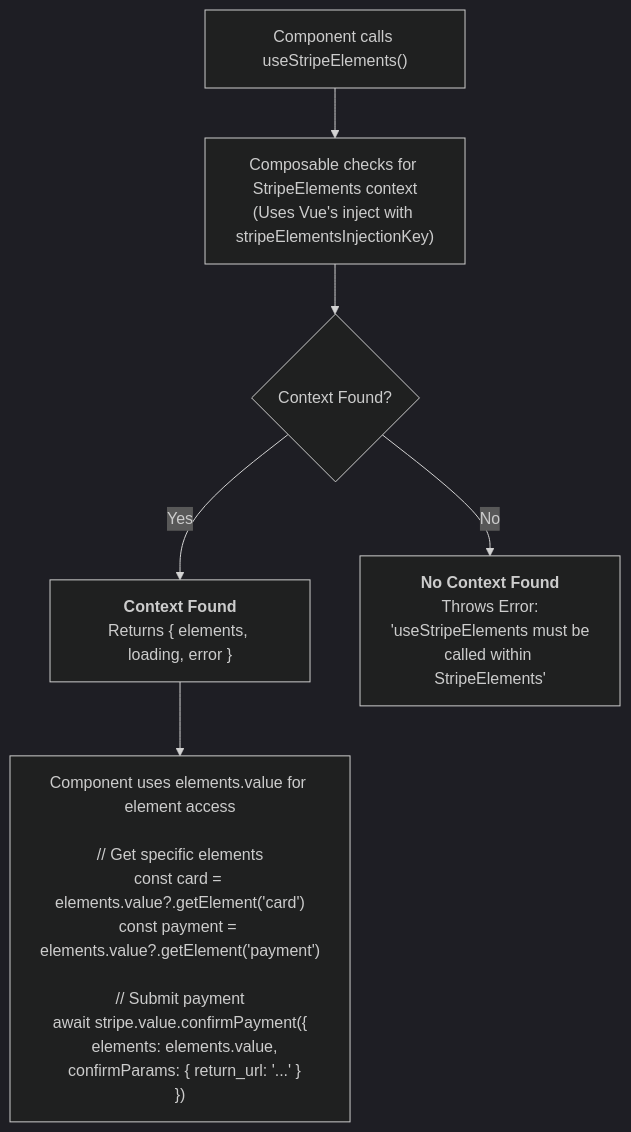
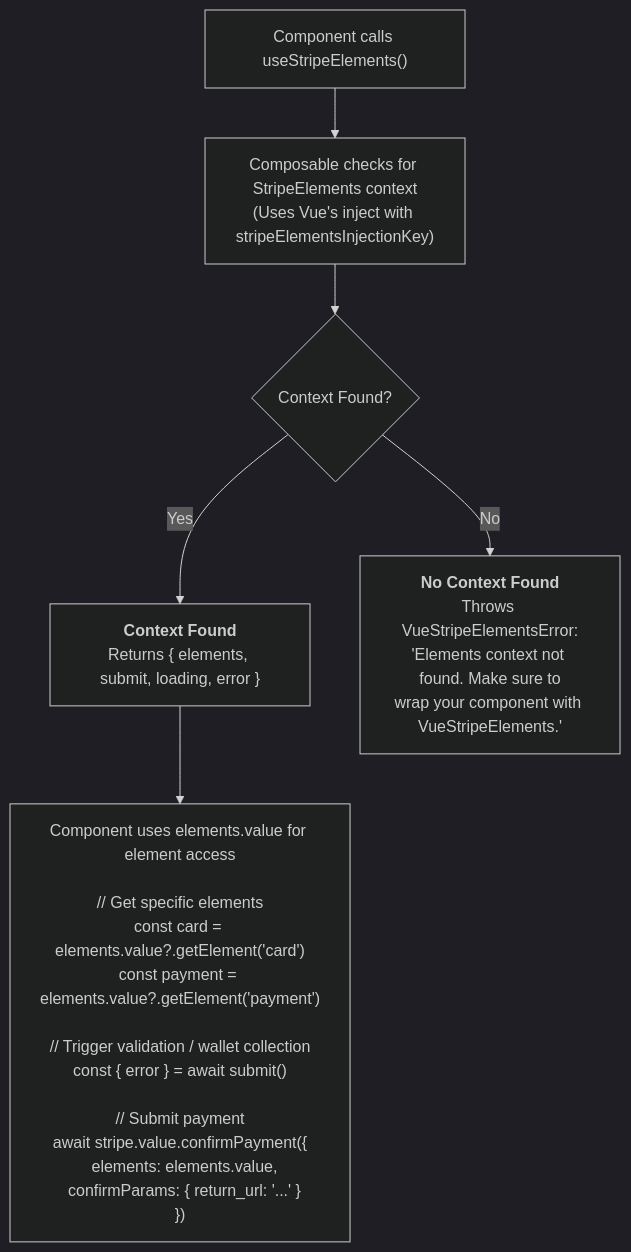
Before and after one commit to vue-stripe/vue-stripe: the diagram in apps/docs/api/composables/use-stripe-elements.md, drawn with Mermaid (dark theme). The commit also changed other lines of this file and 27 other files, not shown here.

````diff
--- a/apps/docs/api/composables/use-stripe-elements.md
+++ b/apps/docs/api/composables/use-stripe-elements.md
@@ -19,8 +20,8 @@
 ```mermaid
 flowchart TD
     A["Component calls useStripeElements()"] --> B["Composable checks for StripeElements context<br/>(Uses Vue's inject with stripeElementsInjectionKey)"]
     B --> C{Context Found?}
-    C -->|Yes| D["<b>Context Found</b><br/>Returns { elements, loading, error }"]
-    C -->|No| E["<b>No Context Found</b><br/>Throws Error:<br/>'useStripeElements must be<br/>called within StripeElements'"]
-    D --> F["Component uses elements.value for element access<br/><br/>// Get specific elements<br/>const card = elements.value?.getElement('card')<br/>const payment = elements.value?.getElement('payment')<br/><br/>// Submit payment<br/>await stripe.value.confirmPayment({<br/>  elements: elements.value,<br/>  confirmParams: { return_url: '...' }<br/>})"]
+    C -->|Yes| D["<b>Context Found</b><br/>Returns { elements, submit, loading, error }"]
+    C -->|No| E["<b>No Context Found</b><br/>Throws VueStripeElementsError:<br/>'Elements context not found. Make sure to<br/>wrap your component with VueStripeElements.'"]
+    D --> F["Component uses elements.value for element access<br/><br/>// Get specific elements<br/>const card = elements.value?.getElement('card')<br/>const payment = elements.value?.getElement('payment')<br/><br/>// Trigger validation / wallet collection<br/>const { error } = await submit()<br/><br/>// Submit payment<br/>await stripe.value.confirmPayment({<br/>  elements: elements.value,<br/>  confirmParams: { return_url: '...' }<br/>})"]
 ```
````
